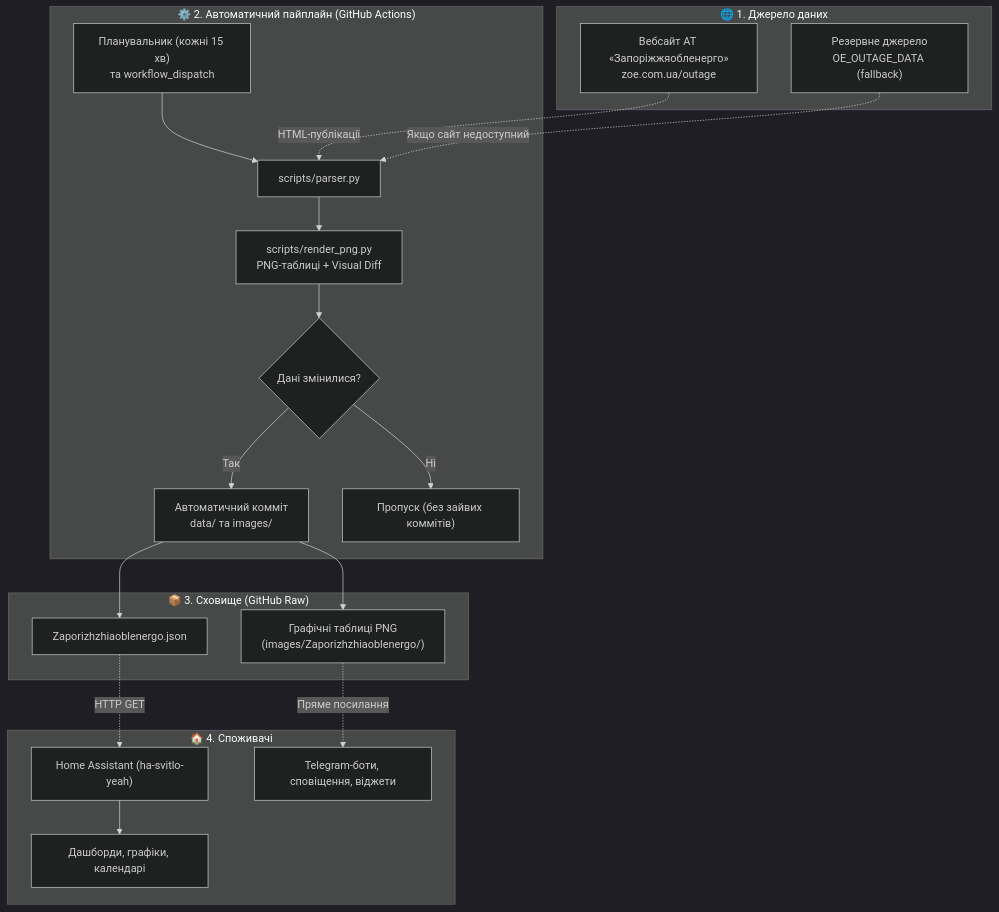
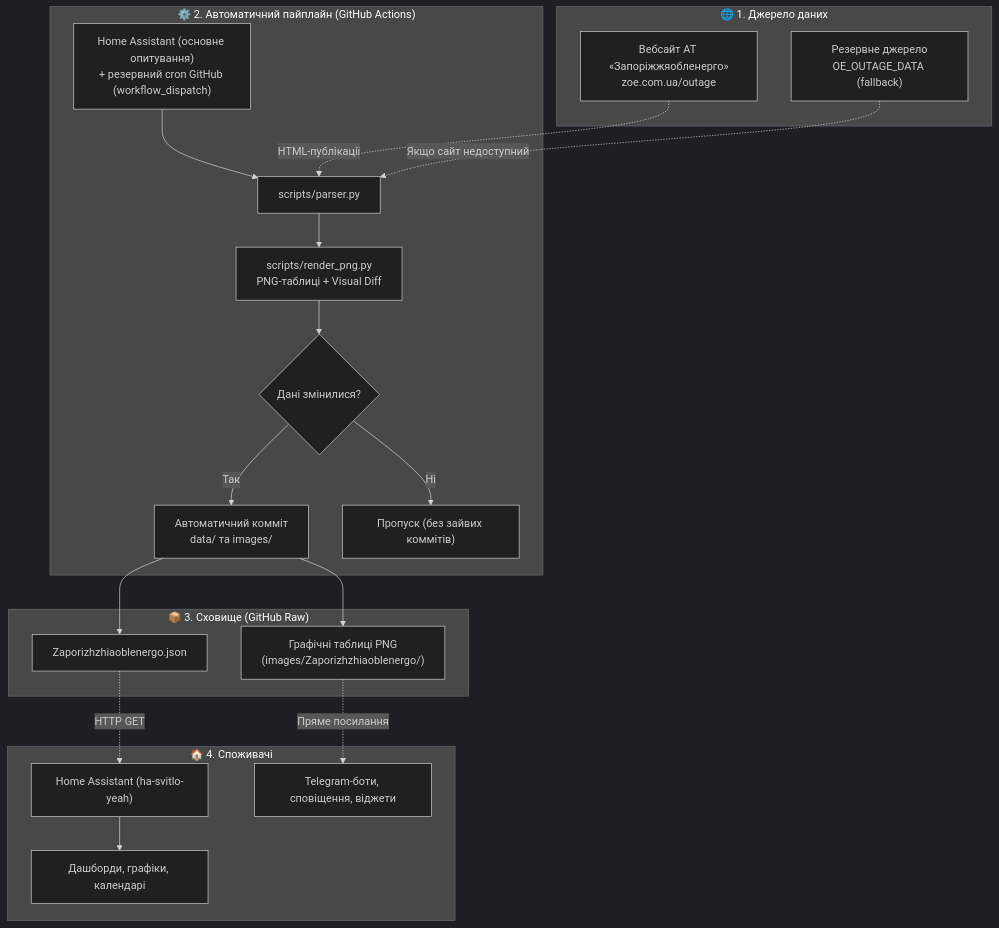
Before and after one commit to milkmann/gpv-zoe-zaporizhzhia: the diagram in README.md, drawn with Mermaid (dark theme). The commit also changed other lines of this file and 3 other files, not shown here.

````diff
--- a/README.md
+++ b/README.md
@@ -41,32 +41,32 @@
 ```mermaid
 flowchart TD
     subgraph SRC["🌐 1. Джерело даних"]
         ZOE["Вебсайт АТ «Запоріжжяобленерго»<br/>zoe.com.ua/outage"]
         FB["Резервне джерело<br/>OE_OUTAGE_DATA (fallback)"]
     end
 
     subgraph GHA["⚙️ 2. Автоматичний пайплайн (GitHub Actions)"]
-        CRON["Планувальник (кожні 15 хв)<br/>та workflow_dispatch"] --> RUN["scripts/parser.py"]
+        CRON["Home Assistant (основне опитування)<br/>+ резервний cron GitHub (workflow_dispatch)"] --> RUN["scripts/parser.py"]
         ZOE -.->|HTML-публікації| RUN
         FB -.->|Якщо сайт недоступний| RUN
         RUN --> PNG["scripts/render_png.py<br/>PNG-таблиці + Visual Diff"]
         PNG --> CHECK{"Дані змінилися?"}
         CHECK -- Так --> COMMIT["Автоматичний комміт<br/>data/ та images/"]
         CHECK -- Ні --> IDLE["Пропуск (без зайвих коммітів)"]
     end
 
     subgraph STORE["📦 3. Сховище (GitHub Raw)"]
         RAW["Zaporizhzhiaoblenergo.json"]
         IMGS["Графічні таблиці PNG<br/>(images/Zaporizhzhiaoblenergo/)"]
         COMMIT --> RAW
         COMMIT --> IMGS
     end
 
     subgraph CLIENTS["🏠 4. Споживачі"]
         INT["Home Assistant (ha-svitlo-yeah)"]
         TG["Telegram-боти, сповіщення, віджети"]
         RAW -.->|HTTP GET| INT
         IMGS -.->|Пряме посилання| TG
         INT --> DASH["Дашборди, графіки, календарі"]
     end
 ```
````
